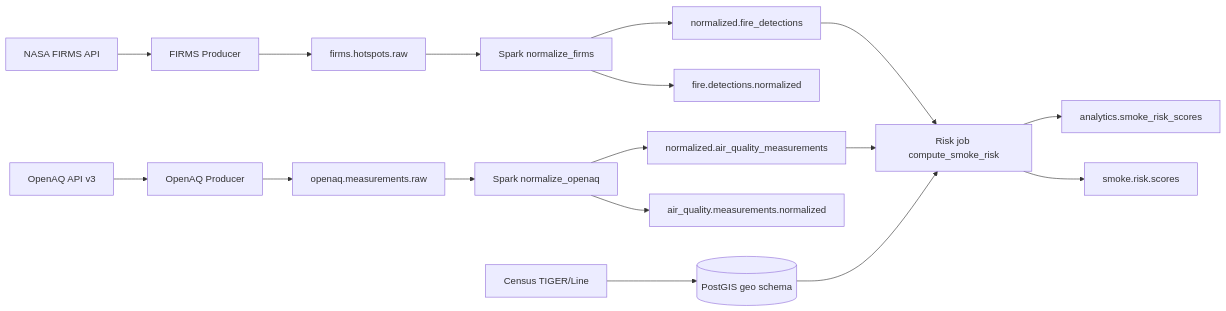
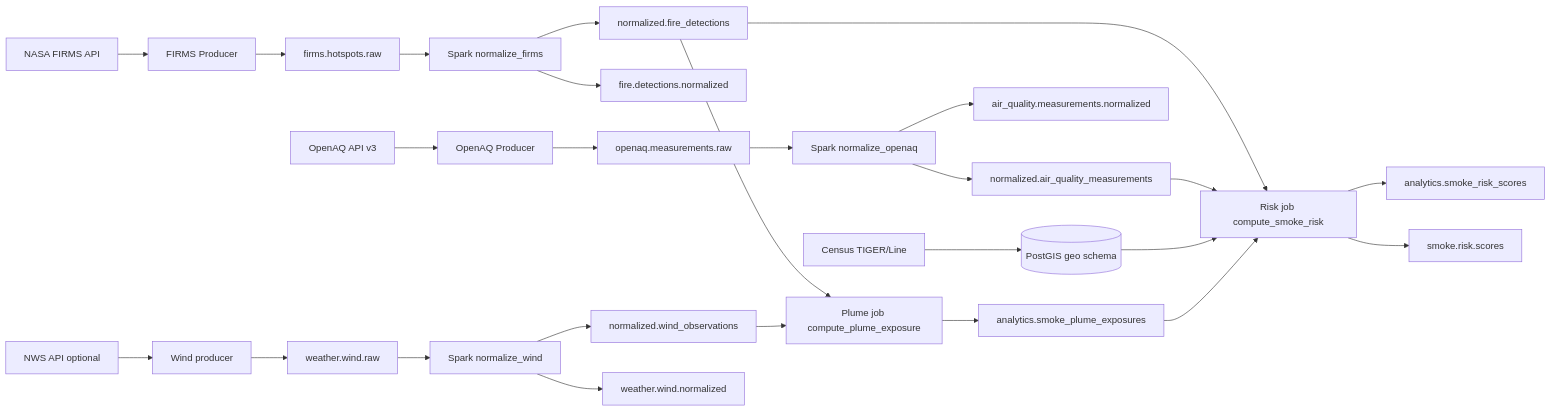
The diagram in README.md (sempervent/wildfire-smoke-risk-correlator), drawn with Mermaid before and after one commit. The commit also changed other lines of this file and 12 other files, not shown here.

````diff
--- a/README.md
+++ b/README.md
@@ -25,21 +31,31 @@
 ```mermaid
 flowchart LR
   FIRMS[NASA FIRMS API] --> FP[FIRMS Producer]
   FP --> KR[firms.hotspots.raw]
   KR --> SF[Spark normalize_firms]
   SF --> PF[normalized.fire_detections]
   SF --> KN[fire.detections.normalized]
 
   OAQ[OpenAQ API v3] --> OP[OpenAQ Producer]
   OP --> KO[openaq.measurements.raw]
   KO --> SO[Spark normalize_openaq]
   SO --> PA[normalized.air_quality_measurements]
   SO --> KA[air_quality.measurements.normalized]
 
+  NWS[NWS API optional] --> WP[Wind producer]
+  WP --> KW[weather.wind.raw]
+  KW --> NW[Spark normalize_wind]
+  NW --> PW[normalized.wind_observations]
+  NW --> KW2[weather.wind.normalized]
+
   CEN[Census TIGER/Line] --> PG[(PostGIS geo schema)]
+  PF --> PL[Plume job compute_plume_exposure]
+  PW --> PL
   PF --> SR[Risk job compute_smoke_risk]
   PA --> SR
   PG --> SR
+  PL --> PE[analytics.smoke_plume_exposures]
+  PE --> SR
   SR --> AN[analytics.smoke_risk_scores]
   SR --> KS[smoke.risk.scores]
 ```
````
